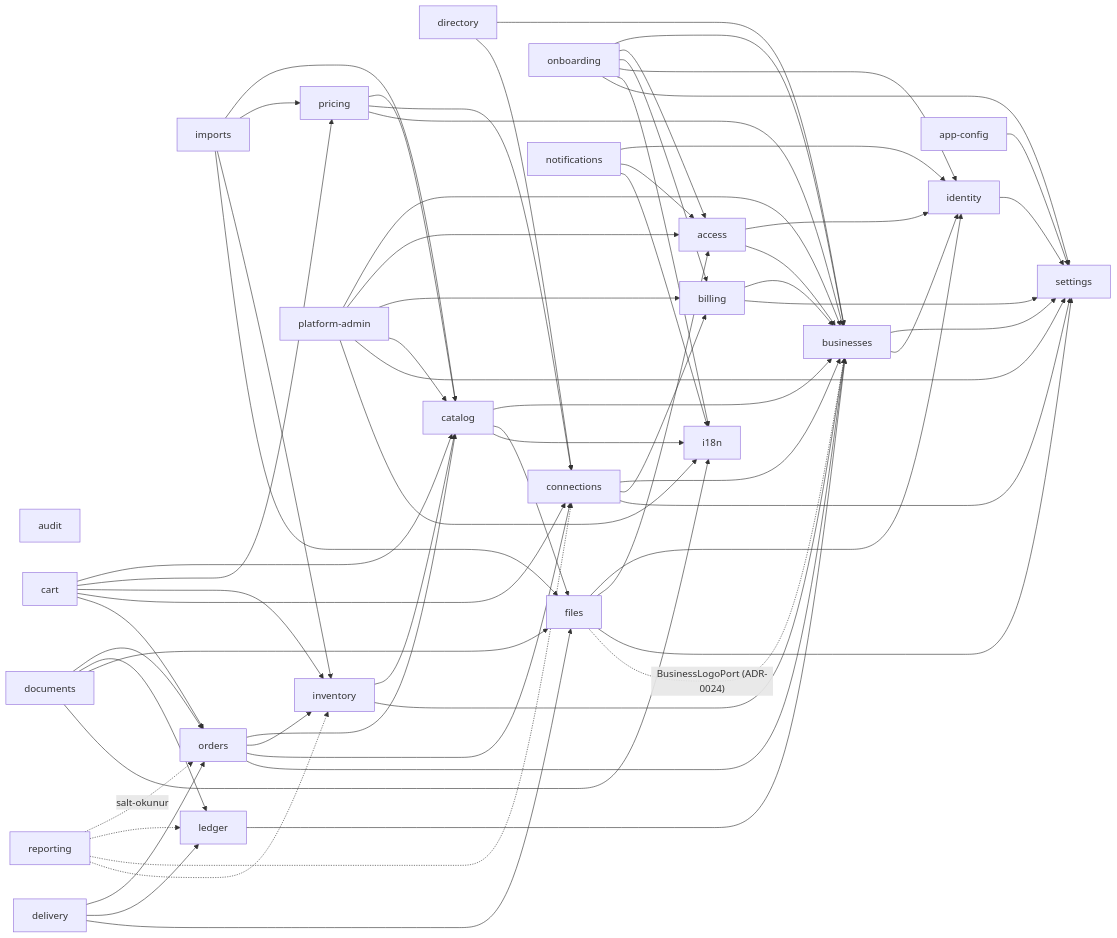
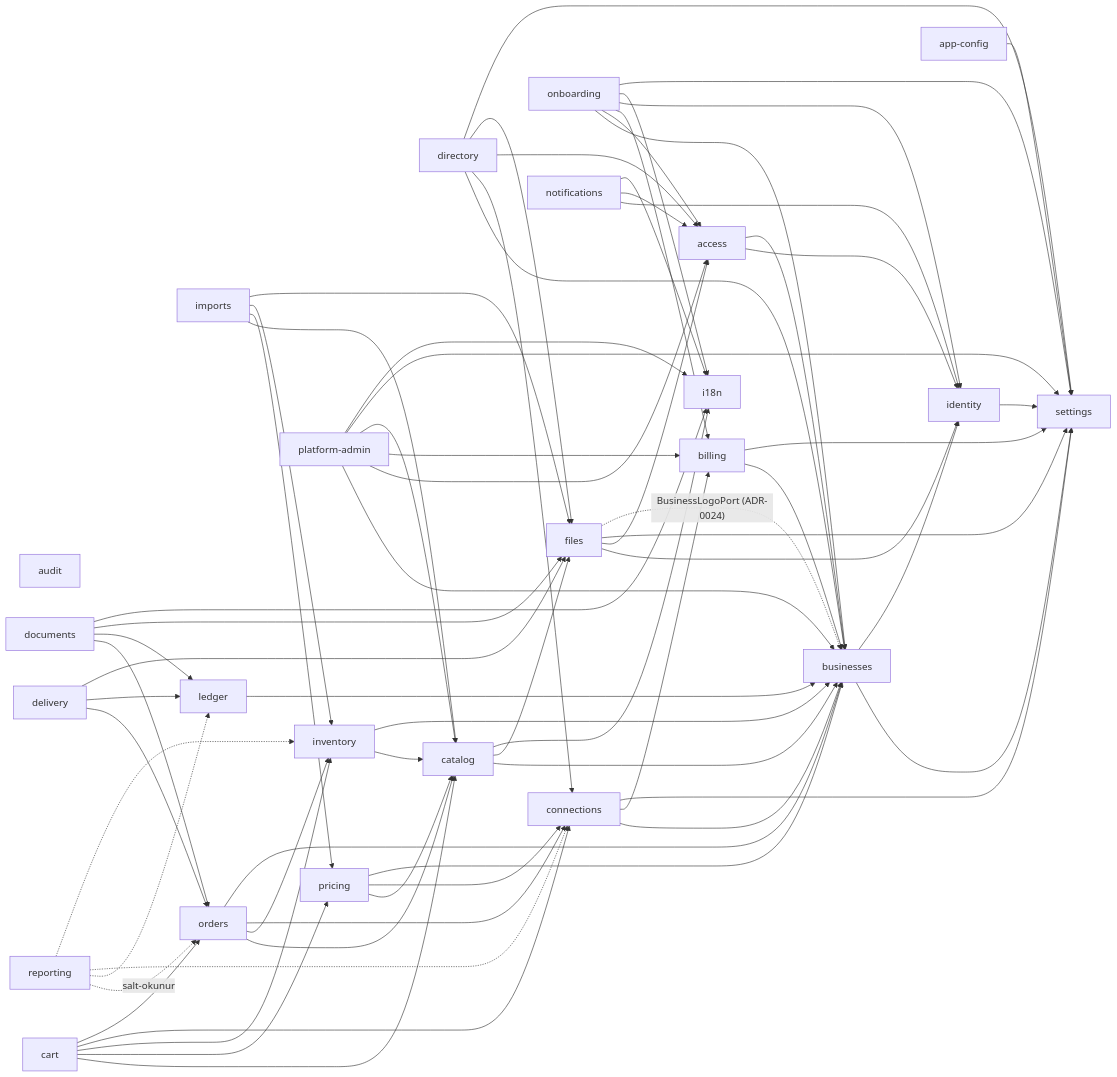
The diagram in docs/03-architecture/c4-component.md (MIRALIKAZIMLI/b2b-platform), drawn with Mermaid before and after one commit. The commit also changed 48 other files, not shown here.

```diff
--- a/docs/03-architecture/c4-component.md
+++ b/docs/03-architecture/c4-component.md
@@ -39,6 +39,9 @@
     connections --> settings
     directory --> businesses
     directory --> connections
+    directory --> access
+    directory --> files
+    directory --> settings
 
     catalog --> businesses
     catalog --> files
```
